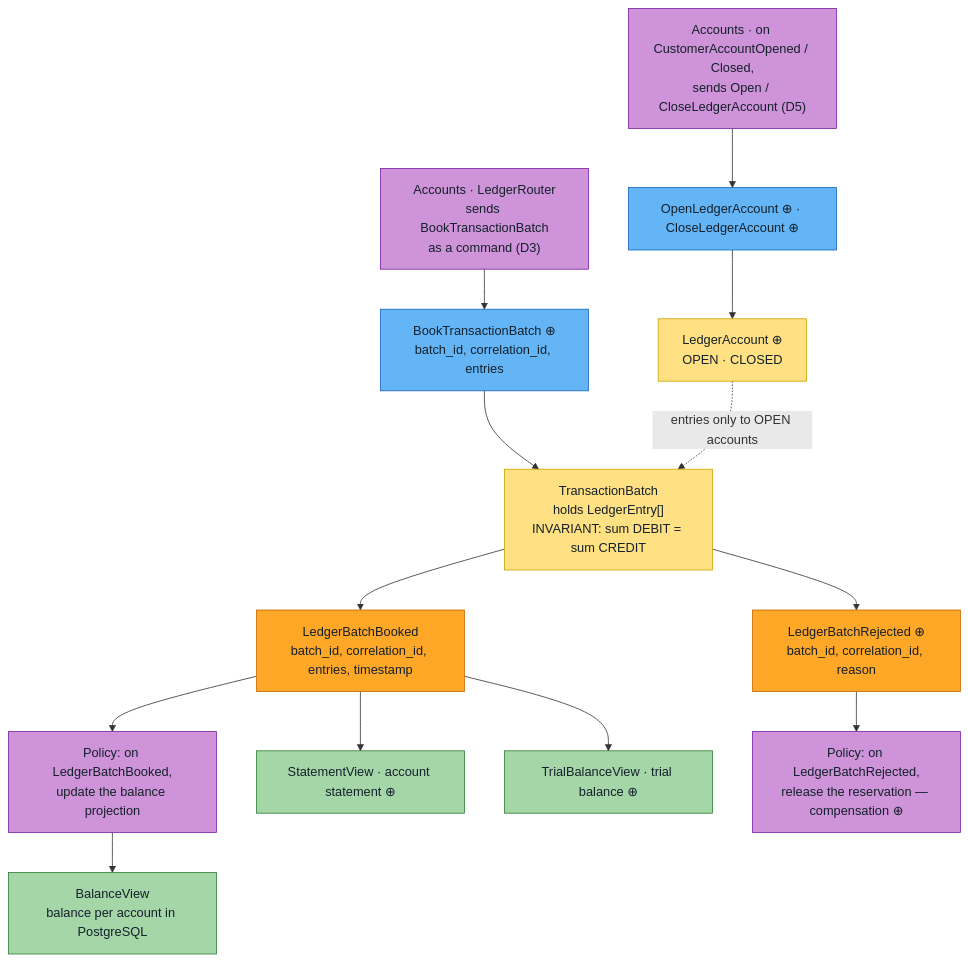
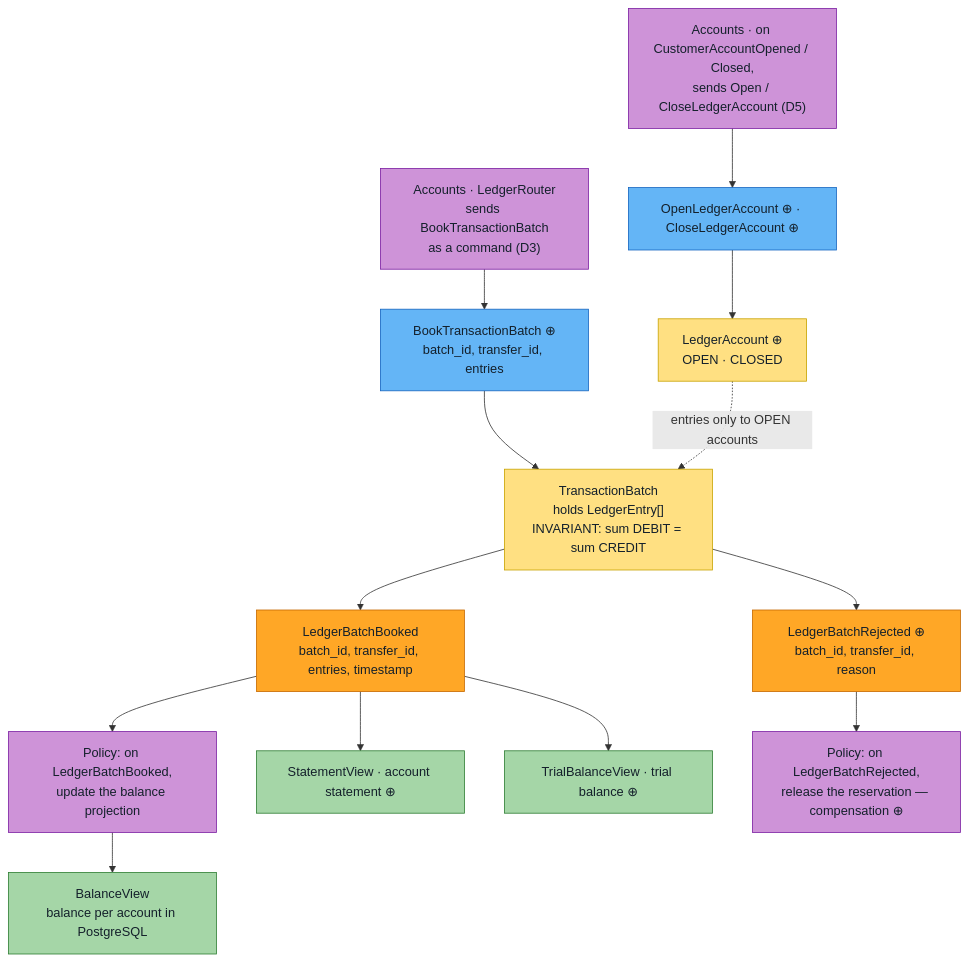
Before and after one commit to LuanDc/banking: the third of 6 diagrams in docs/event_storming.md, drawn with Mermaid. The commit also changed other lines of this file and 3 other files, not shown here.

````diff
--- a/docs/event_storming.md
+++ b/docs/event_storming.md
@@ -184,41 +184,41 @@
 ```mermaid
 flowchart TB
     P1["Accounts · LedgerRouter<br/>sends BookTransactionBatch<br/>as a command (D3)"]:::pol
     P0["Accounts · on CustomerAccountOpened / Closed,<br/>sends Open / CloseLedgerAccount (D5)"]:::pol
 
     C0["OpenLedgerAccount ⊕ · CloseLedgerAccount ⊕"]:::cmd
     AGG0["LedgerAccount ⊕<br/>OPEN · CLOSED"]:::agg
 
-    C1["BookTransactionBatch ⊕<br/>batch_id, correlation_id, entries"]:::cmd
+    C1["BookTransactionBatch ⊕<br/>batch_id, transfer_id, entries"]:::cmd
 
     AGG["TransactionBatch<br/>holds LedgerEntry[]<br/>INVARIANT: sum DEBIT = sum CREDIT"]:::agg
 
-    E1["LedgerBatchBooked<br/>batch_id, correlation_id, entries, timestamp"]:::evt
-    E2["LedgerBatchRejected ⊕<br/>batch_id, correlation_id, reason"]:::evt
+    E1["LedgerBatchBooked<br/>batch_id, transfer_id, entries, timestamp"]:::evt
+    E2["LedgerBatchRejected ⊕<br/>batch_id, transfer_id, reason"]:::evt
 
     P2["Policy: on LedgerBatchBooked,<br/>update the balance projection"]:::pol
     P3["Policy: on LedgerBatchRejected,<br/>release the reservation — compensation ⊕"]:::pol
 
     RM1["BalanceView<br/>balance per account in PostgreSQL"]:::rm
     RM2["StatementView · account statement ⊕"]:::rm
     RM3["TrialBalanceView · trial balance ⊕"]:::rm
 
     P0 --> C0
     C0 --> AGG0
     P1 --> C1
     C1 --> AGG
     AGG --> E1
     AGG --> E2
     E1 --> P2
     E2 --> P3
     P2 --> RM1
     E1 --> RM2
     E1 --> RM3
     AGG0 -.->|"entries only to OPEN accounts"| AGG
 
     classDef evt fill:#FFA726,stroke:#C66900,color:#14202B
     classDef cmd fill:#64B5F6,stroke:#1565C0,color:#14202B
     classDef agg fill:#FFE082,stroke:#C8A300,color:#14202B
     classDef pol fill:#CE93D8,stroke:#7B1FA2,color:#14202B
     classDef rm fill:#A5D6A7,stroke:#2E7D32,color:#14202B
 ```
````
